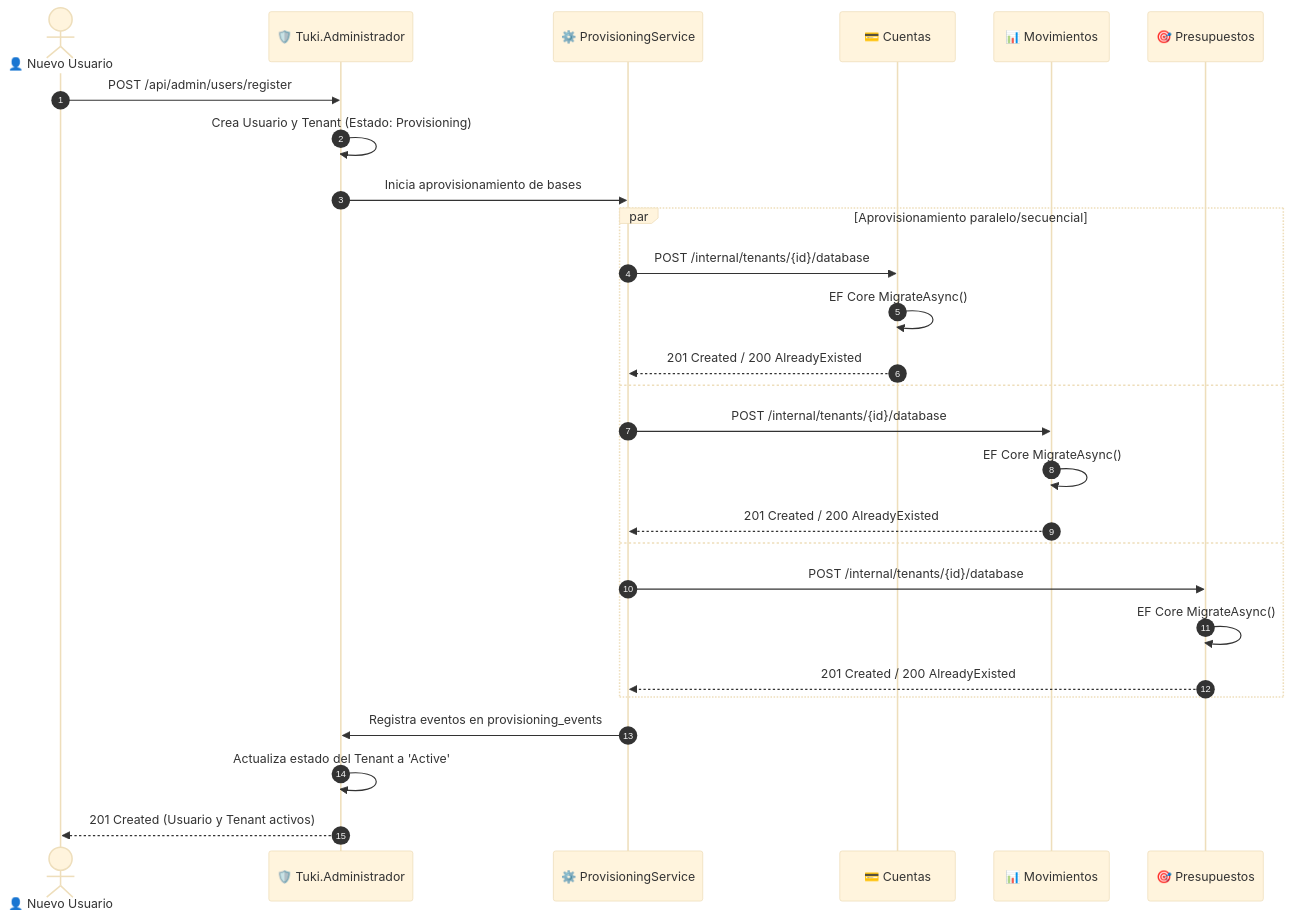
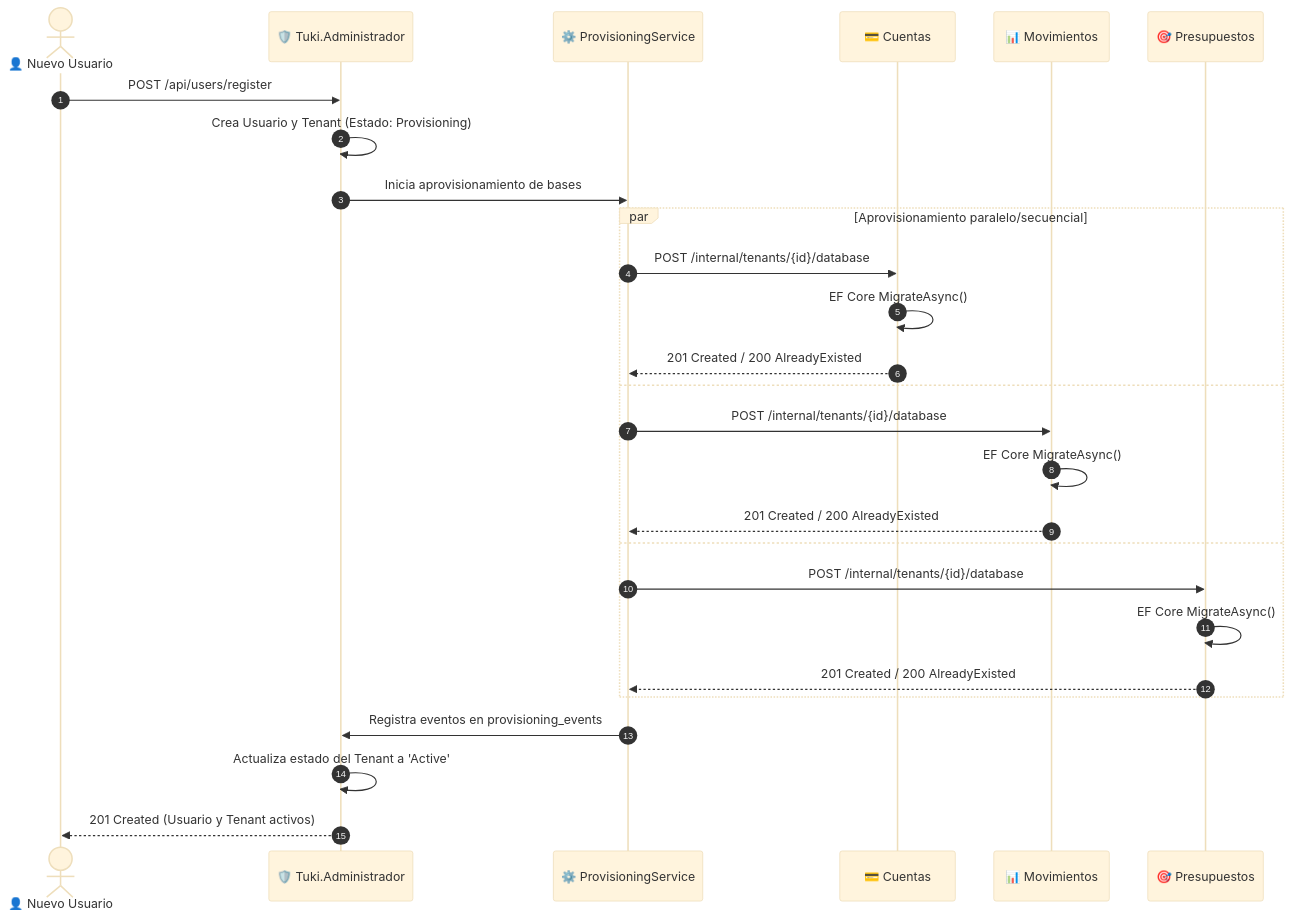
One commit to Petra761/Tuki changed the third of 3 diagrams in README.md. Above: the diagram before and after it, drawn with Mermaid (base theme). The commit also changed other lines of this file and 5 other files, not shown here.

Commit message:
docs: actualizar diagramas y documentación tras la reestructuración

````diff
--- a/README.md
+++ b/README.md
@@ -152,30 +152,30 @@
 ```mermaid
 sequenceDiagram
     autonumber
     actor U as 👤 Nuevo Usuario
     participant Admin as 🛡️ Tuki.Administrador
     participant PS as ⚙️ ProvisioningService
     participant C as 💳 Cuentas
     participant M as 📊 Movimientos
     participant P as 🎯 Presupuestos
 
-    U->>Admin: POST /api/admin/users/register
+    U->>Admin: POST /api/users/register
     Admin->>Admin: Crea Usuario y Tenant (Estado: Provisioning)
     Admin->>PS: Inicia aprovisionamiento de bases
     par Aprovisionamiento paralelo/secuencial
         PS->>C: POST /internal/tenants/{id}/database
         C->>C: EF Core MigrateAsync()
         C-->>PS: 201 Created / 200 AlreadyExisted
     and
         PS->>M: POST /internal/tenants/{id}/database
         M->>M: EF Core MigrateAsync()
         M-->>PS: 201 Created / 200 AlreadyExisted
     and
         PS->>P: POST /internal/tenants/{id}/database
         P->>P: EF Core MigrateAsync()
         P-->>PS: 201 Created / 200 AlreadyExisted
     end
     PS->>Admin: Registra eventos en provisioning_events
     Admin->>Admin: Actualiza estado del Tenant a 'Active'
     Admin-->>U: 201 Created (Usuario y Tenant activos)
 ```
````
